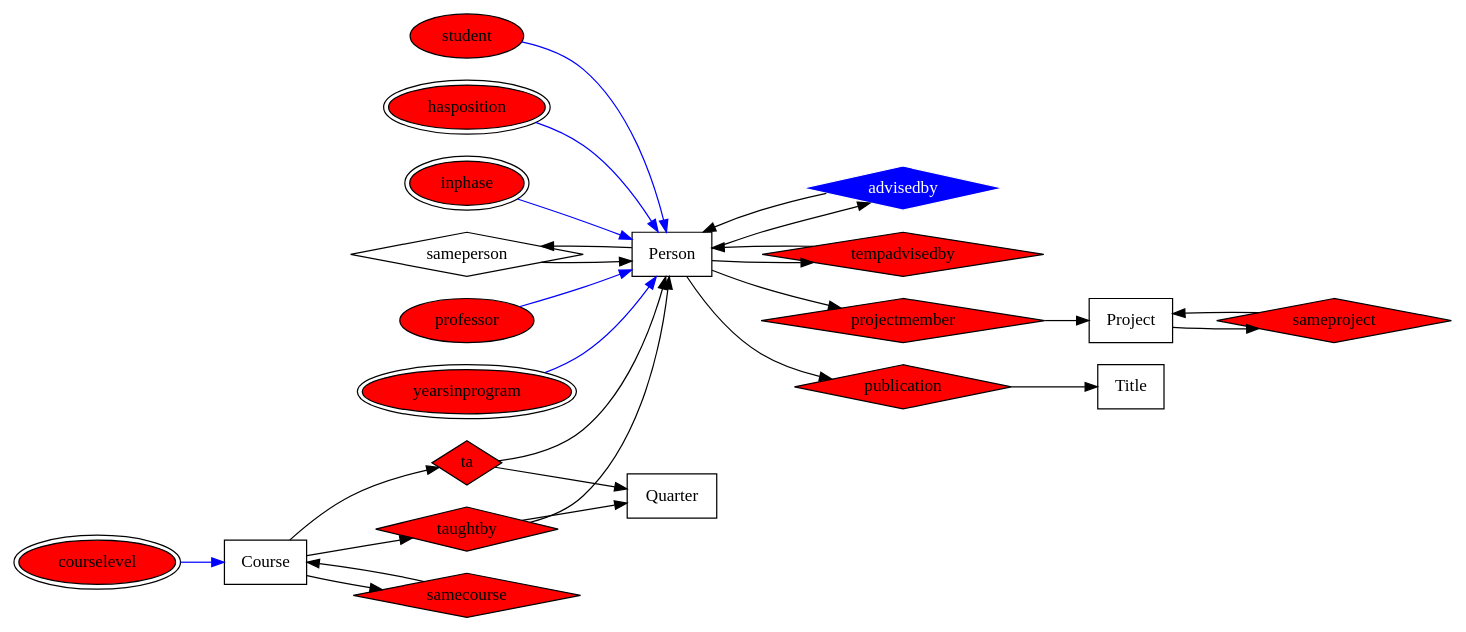
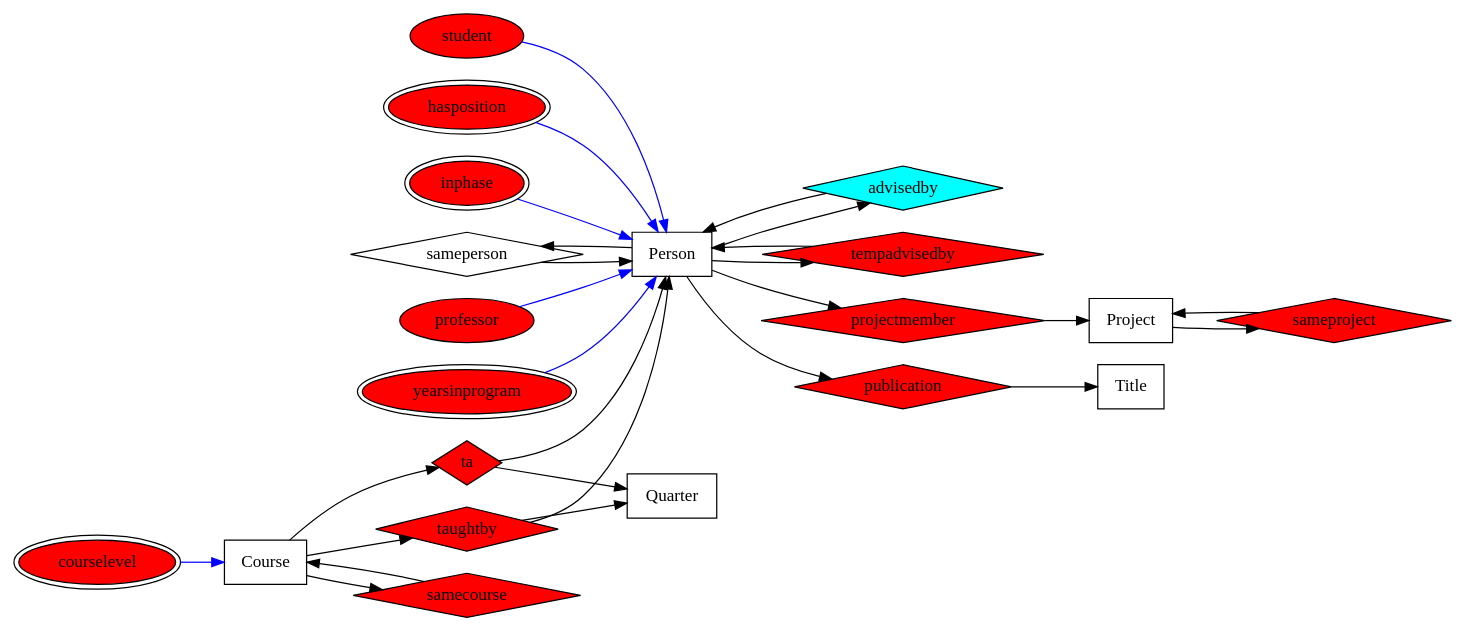
Before and after one commit to harshakokel/JA-Walk-ER: the diagram in dots/uw-cse.dot, drawn with Graphviz. The commit also changed 11 other files, not shown here.

```diff
--- a/dots/uw-cse.dot
+++ b/dots/uw-cse.dot
@@ -1,96 +1,95 @@
 digraph G {
     rankdir=LR;
     fontname="sans-serif";
     penwidth="0.1";
     edge [comment="Wildcard node added automatic in EG."];
     node [comment="Wildcard node added automatic in EG."];
     "sameperson" [shape="polygon", 
                   orientation="45.0"];
     "samecourse" [orientation="45.0", 
                   shape="polygon", 
                   style="filled", 
                   fillcolor="red"];
     "professor" [shape="ellipse", 
                  style="filled", 
                  fillcolor="red"];
     "projectmember" [orientation="45.0", 
                      shape="polygon", 
                      style="filled", 
                      fillcolor="red"];
-    "advisedby" [style="filled", 
-                 orientation="45.0", 
-                 color="white", 
-                 fontcolor="white", 
+    "advisedby" [orientation="45.0", 
                  shape="polygon", 
-                 fillcolor="blue"];
+                 peripheries="1", 
+                 style="filled", 
+                 fillcolor="cyan"];
     "taughtby" [orientation="45.0", 
                 shape="polygon", 
                 style="filled", 
                 fillcolor="red"];
     "ta" [orientation="45.0", 
           shape="polygon", 
           style="filled", 
           fillcolor="red"];
     "yearsinprogram" [shape="ellipse", 
                       peripheries=2, 
                       style="filled", 
                       fillcolor="red"];
     "student" [shape="ellipse", 
                style="filled", 
                fillcolor="red"];
     "Project" [shape="box"];
     "tempadvisedby" [orientation="45.0", 
                      shape="polygon", 
                      style="filled", 
                      fillcolor="red"];
     "Title" [shape="box"];
     "sameproject" [orientation="45.0", 
                    shape="polygon", 
                    style="filled", 
                    fillcolor="red"];
     "Course" [shape="box"];
     "Person" [shape="box"];
     "hasposition" [shape="ellipse", 
                    peripheries=2, 
                    style="filled", 
                    fillcolor="red"];
     "publication" [orientation="45.0", 
                    shape="polygon", 
                    style="filled", 
                    fillcolor="red"];
     "Quarter" [shape="box"];
     "courselevel" [shape="ellipse", 
                    peripheries=2, 
                    style="filled", 
                    fillcolor="red"];
     "inphase" [shape="ellipse", 
                peripheries=2, 
                style="filled", 
                fillcolor="red"];
     "professor" -> "Person"  [color="blue"];
     "courselevel" -> "Course"  [color="blue"];
     "inphase" -> "Person"  [color="blue"];
     "Project" -> "sameproject";
     "sameproject" -> "Project";
     "publication" -> "Title";
     "Course" -> "ta";
     "Person" -> "advisedby";
     "student" -> "Person"  [color="blue"];
     "Course" -> "taughtby";
     "advisedby" -> "Person";
     "tempadvisedby" -> "Person";
     "hasposition" -> "Person"  [color="blue"];
     "samecourse" -> "Course";
     "Course" -> "samecourse";
     "ta" -> "Quarter";
     "ta" -> "Person";
     "Person" -> "tempadvisedby";
     "Person" -> "publication";
     "projectmember" -> "Project";
     "Person" -> "projectmember";
     "yearsinprogram" -> "Person"  [color="blue"];
     "taughtby" -> "Person";
     "sameperson" -> "Person";
     "taughtby" -> "Quarter";
     "Person" -> "sameperson";
 }
```
